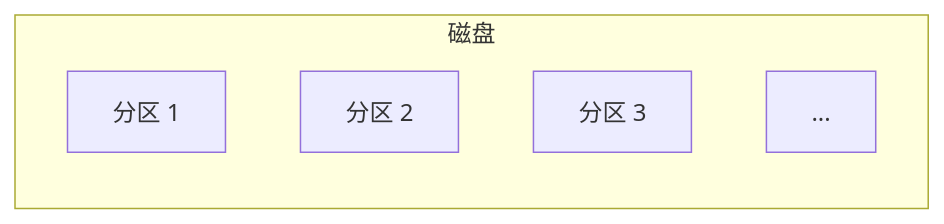
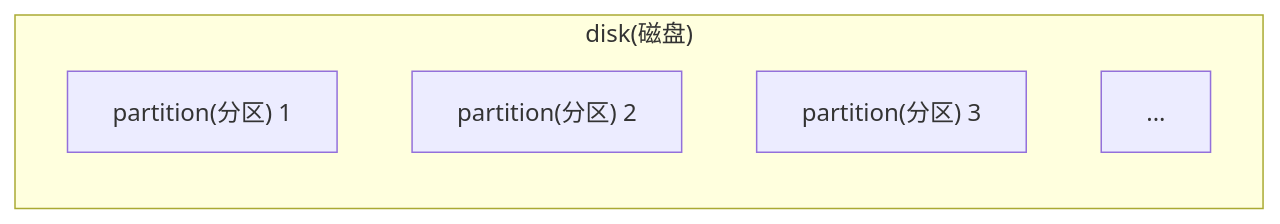
The second of 3 diagrams in Linux_System_Note/015+limou+2023_9_14+Linux的文件IO基础.md (xiaogithubooo/LimouLearnNote), drawn with Mermaid before and after one commit. The commit also changed other lines of this file and 3 other files, not shown here.

````diff
--- a/Linux_System_Note/015+limou+2023_9_14+Linux的文件IO基础.md
+++ b/Linux_System_Note/015+limou+2023_9_14+Linux的文件IO基础.md
@@ -1036,9 +1044,9 @@
 ```mermaid
 flowchart LR
-subgraph "磁盘"
-    A["分区 1"]
-    B["分区 2"]
-    C["分区 3"]
+subgraph "disk(磁盘)"
+    A["partition(分区) 1"]
+    B["partition(分区) 2"]
+    C["partition(分区) 3"]
     D["..."]
 end
 ```
````
